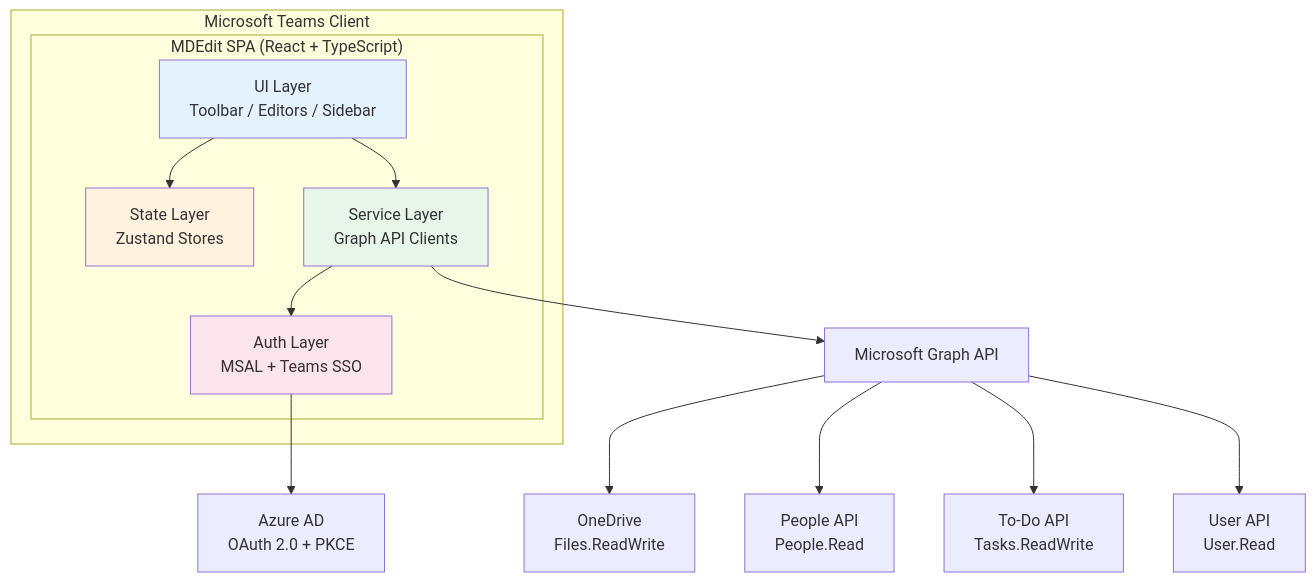
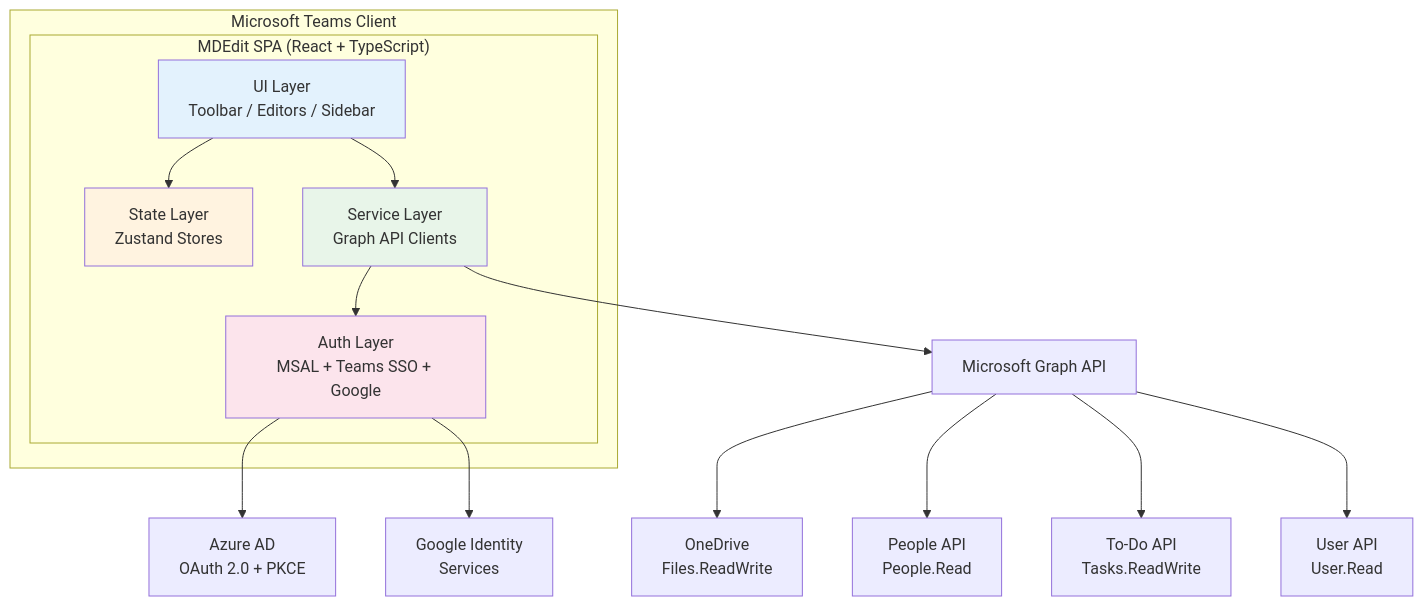
The first of 14 diagrams in docs/DESIGN.md (mazharm/mdedit), drawn with Mermaid before and after one commit. The commit also changed other lines of this file and 3 other files, not shown here.

````diff
--- a/docs/DESIGN.md
+++ b/docs/DESIGN.md
@@ -15,26 +15,27 @@
 ```mermaid
 graph TB
     subgraph "Microsoft Teams Client"
         subgraph "MDEdit SPA (React + TypeScript)"
             UI["UI Layer<br/>Toolbar / Editors / Sidebar"]
             STATE["State Layer<br/>Zustand Stores"]
             SVC["Service Layer<br/>Graph API Clients"]
-            AUTH["Auth Layer<br/>MSAL + Teams SSO"]
+            AUTH["Auth Layer<br/>MSAL + Teams SSO + Google"]
         end
     end
 
     UI --> STATE
     UI --> SVC
     SVC --> AUTH
     AUTH --> AAD["Azure AD<br/>OAuth 2.0 + PKCE"]
+    AUTH --> GOOGLE["Google Identity<br/>Services"]
     SVC --> GRAPH["Microsoft Graph API"]
     GRAPH --> OD["OneDrive<br/>Files.ReadWrite"]
     GRAPH --> PPL["People API<br/>People.Read"]
     GRAPH --> TODO["To-Do API<br/>Tasks.ReadWrite"]
     GRAPH --> USR["User API<br/>User.Read"]
 
     style UI fill:#e3f2fd
     style STATE fill:#fff3e0
     style SVC fill:#e8f5e9
     style AUTH fill:#fce4ec
 ```
````
